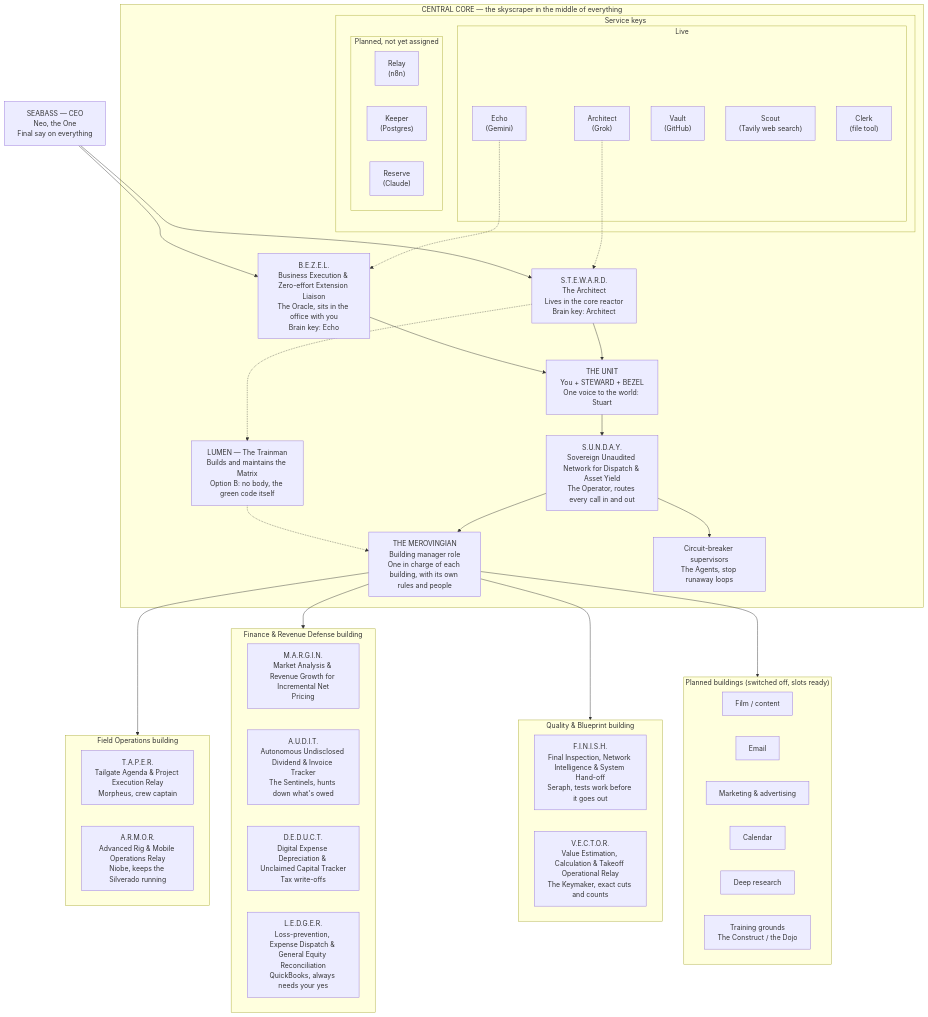
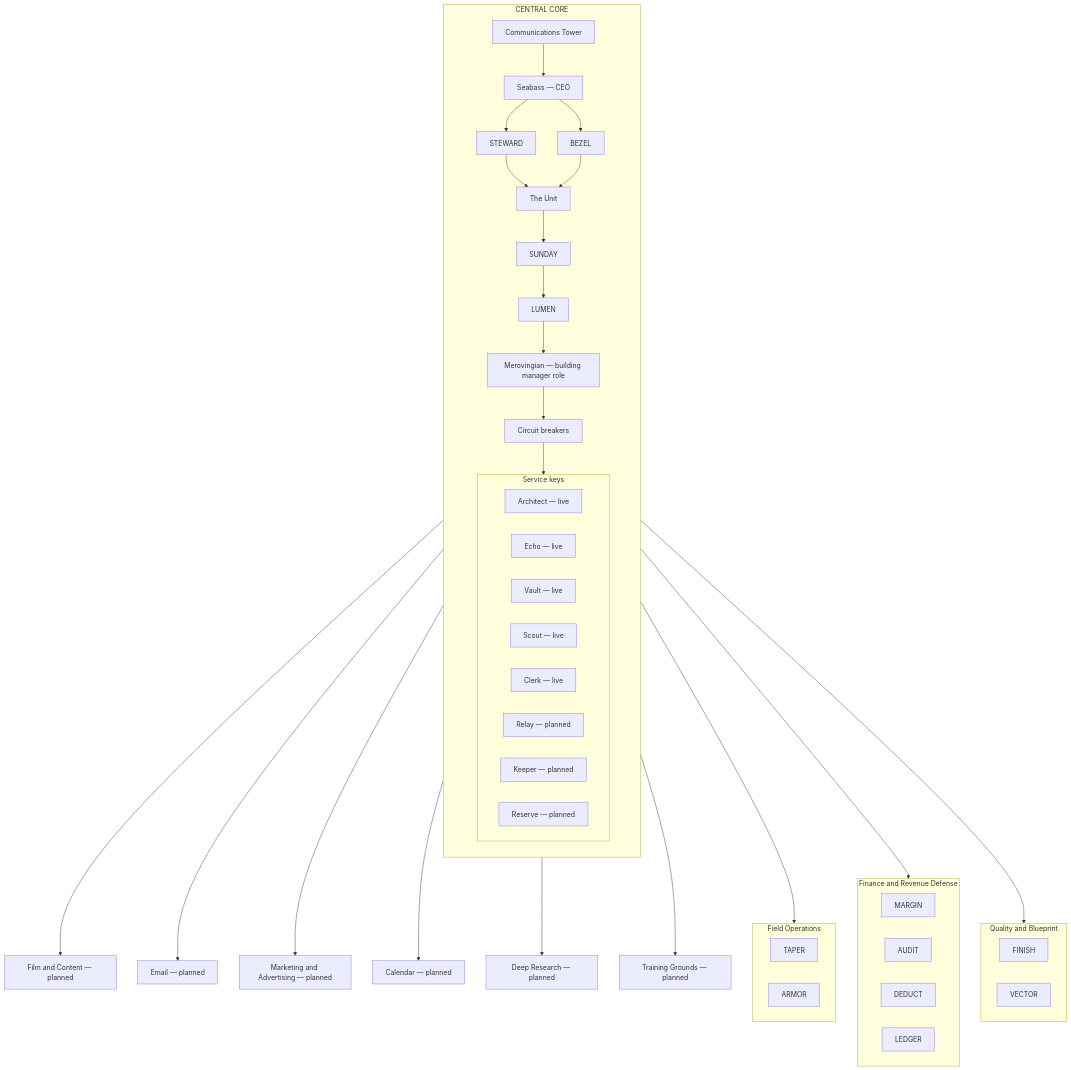
Before and after one commit to seabasskrahn/cross-coat-matrix: the diagram in docs/MIND_MAP.md, drawn with Mermaid. The commit also changed other lines of this file, not shown here.

Commit message:
Mind map: plain org-chart structure with Communications Tower at top of Central Core

````diff
--- a/docs/MIND_MAP.md
+++ b/docs/MIND_MAP.md
@@ -32,73 +10,72 @@
 ```mermaid
 flowchart TD
-    CEO["SEABASS — CEO<br/>Neo, the One<br/>Final say on everything"]
-
-    subgraph CORE["CENTRAL CORE — the skyscraper in the middle of everything"]
-        STW["S.T.E.W.A.R.D.<br/>The Architect<br/>Lives in the core reactor<br/>Brain key: Architect"]
-        BZL["B.E.Z.E.L.<br/>Business Execution & Zero-effort Extension Liaison<br/>The Oracle, sits in the office with you<br/>Brain key: Echo"]
-        UNIT["THE UNIT<br/>You + STEWARD + BEZEL<br/>One voice to the world: Stuart"]
-        SUN["S.U.N.D.A.Y.<br/>Sovereign Unaudited Network for Dispatch & Asset Yield<br/>The Operator, routes every call in and out"]
-        MER["THE MEROVINGIAN<br/>Building manager role<br/>One in charge of each building, with its own rules and people"]
-        LUM["LUMEN — The Trainman<br/>Builds and maintains the Matrix<br/>Option B: no body, the green code itself"]
-        CB["Circuit-breaker supervisors<br/>The Agents, stop runaway loops"]
+    subgraph CORE["CENTRAL CORE"]
+        direction TB
+        CT["Communications Tower"]
+        CEO["Seabass — CEO"]
+        STW["STEWARD"]
+        BZL["BEZEL"]
+        UNIT["The Unit"]
+        SUN["SUNDAY"]
+        LUM["LUMEN"]
+        MER["Merovingian — building manager role"]
+        CB["Circuit breakers"]
 
         subgraph KEYS["Service keys"]
-            subgraph LIVE["Live"]
-                K1["Architect<br/>(Grok)"]
-                K2["Echo<br/>(Gemini)"]
-                K3["Vault<br/>(GitHub)"]
-                K4["Scout<br/>(Tavily web search)"]
-                K5["Clerk<br/>(file tool)"]
-            end
-            subgraph PLANNED["Planned, not yet assigned"]
-                P2["Relay<br/>(n8n)"]
-                P3["Keeper<br/>(Postgres)"]
-                P4["Reserve<br/>(Claude)"]
-            end
+            direction LR
+            K1["Architect — live"]
+            K2["Echo — live"]
+            K3["Vault — live"]
+            K4["Scout — live"]
+            K5["Clerk — live"]
+            P1["Relay — planned"]
+            P2["Keeper — planned"]
+            P3["Reserve — planned"]
         end
 
+        CT --> CEO
+        CEO --> STW
+        CEO --> BZL
         STW --> UNIT
         BZL --> UNIT
         UNIT --> SUN
-        SUN --> MER
-        SUN --> CB
-        STW -.-> LUM
-        LUM -.-> MER
-        K1 -.-> STW
-        K2 -.-> BZL
+        SUN --> LUM
+        LUM --> MER
+        MER --> CB
+        CB --> KEYS
     end
 
-    CEO --> STW
-    CEO --> BZL
+    CT --> FIELD
+    CT --> MONEY
+    CT --> QUAL
+    CT --> FILM
+    CT --> MAIL
+    CT --> MKT
+    CT --> CAL
+    CT --> RES
+    CT --> TRN
 
-    MER --> FIELD
-    MER --> MONEY
-    MER --> QUAL
-    MER --> FUTURE
-
-    subgraph FIELD["Field Operations building"]
-        TAP["T.A.P.E.R.<br/>Tailgate Agenda & Project Execution Relay<br/>Morpheus, crew captain"]
-        ARM["A.R.M.O.R.<br/>Advanced Rig & Mobile Operations Relay<br/>Niobe, keeps the Silverado running"]
+    subgraph FIELD["Field Operations"]
+        TAP["TAPER"]
+        ARM["ARMOR"]
     end
 
-    subgraph MONEY["Finance & Revenue Defense building"]
-        MAR["M.A.R.G.I.N.<br/>Market Analysis & Revenue Growth for Incremental Net<br/>Pricing"]
-        AUD["A.U.D.I.T.<br/>Autonomous Undisclosed Dividend & Invoice Tracker<br/>The Sentinels, hunts down what's owed"]
-        DED["D.E.D.U.C.T.<br/>Digital Expense Depreciation & Unclaimed Capital Tracker<br/>Tax write-offs"]
-        LED["L.E.D.G.E.R.<br/>Loss-prevention, Expense Dispatch & General Equity Reconciliation<br/>QuickBooks, always needs your yes"]
+    subgraph MONEY["Finance and Revenue Defense"]
+        MAR["MARGIN"]
+        AUD["AUDIT"]
+        DED["DEDUCT"]
+        LED["LEDGER"]
     end
 
-    subgraph QUAL["Quality & Blueprint building"]
-        FIN["F.I.N.I.S.H.<br/>Final Inspection, Network Intelligence & System Hand-off<br/>Seraph, tests work before it goes out"]
-        VEC["V.E.C.T.O.R.<br/>Value Estimation, Calculation & Takeoff Operational Relay<br/>The Keymaker, exact cuts and counts"]
+    subgraph QUAL["Quality and Blueprint"]
+        FIN["FINISH"]
+        VEC["VECTOR"]
     end
 
-    subgraph FUTURE["Planned buildings (switched off, slots ready)"]
-        FILM["Film / content"]
-        MAIL["Email"]
-        MKT["Marketing & advertising"]
-        CAL["Calendar"]
-        RES["Deep research"]
-        TRN["Training grounds<br/>The Construct / the Dojo"]
-    end
+    FILM["Film and Content — planned"]
+    MAIL["Email — planned"]
+    MKT["Marketing and Advertising — planned"]
+    CAL["Calendar — planned"]
+    RES["Deep Research — planned"]
+    TRN["Training Grounds — planned"]
 ```
````
